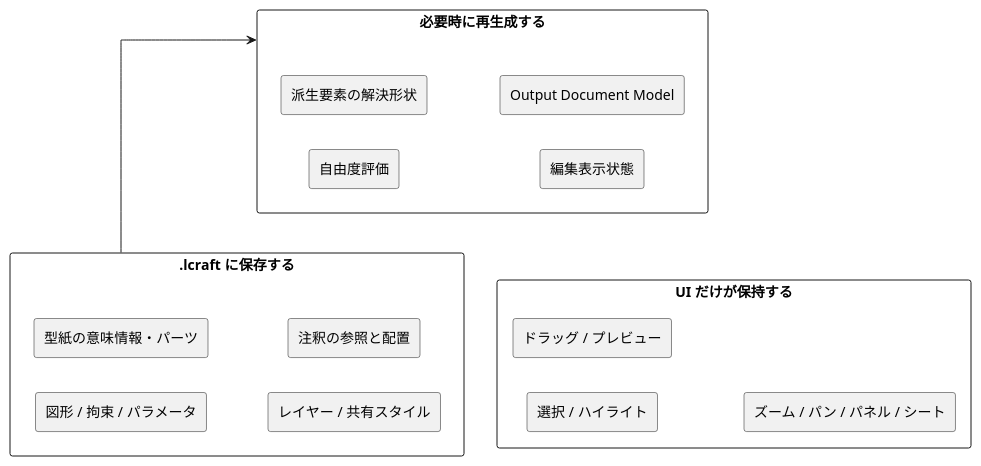
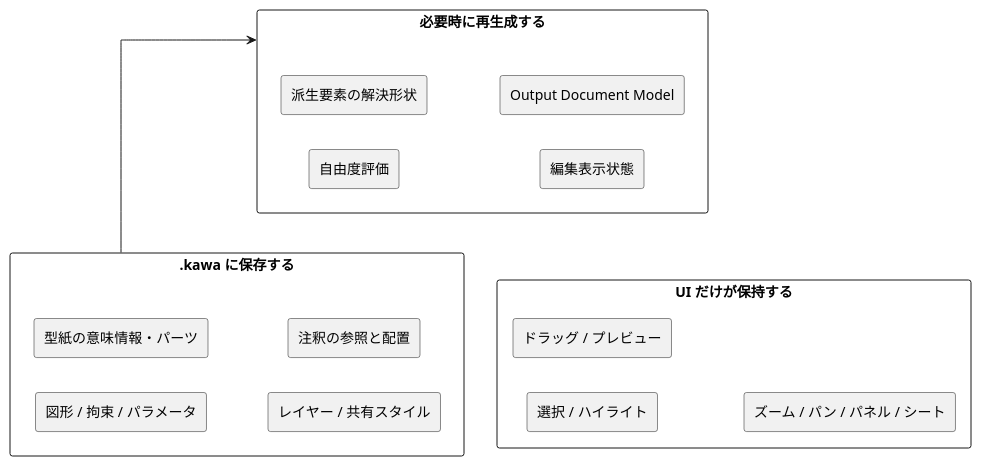
Before and after one commit to t-shin-komae/kawacad: the fourth of 10 diagrams in docs/design/architecture.md, drawn with PlantUML. The commit also changed other lines of this file and 45 other files, not shown here.

````diff
--- a/docs/design/architecture.md
+++ b/docs/design/architecture.md
@@ -253,30 +253,30 @@
 ```plantuml
 @startuml
 left to right direction
 
 skinparam shadowing false
 skinparam packageStyle rectangle
 skinparam linetype ortho
-package ".lcraft に保存する" as Saved {
+package ".kawa に保存する" as Saved {
   rectangle "図形 / 拘束 / パラメータ" as Document
   rectangle "型紙の意味情報・パーツ" as Meaning
   rectangle "レイヤー / 共有スタイル" as Style
   rectangle "注釈の参照と配置" as AnnotationData
 }
 
 package "必要時に再生成する" as Derived {
   rectangle "自由度評価" as Dof
   rectangle "派生要素の解決形状" as Resolved
   rectangle "編集表示状態" as Snapshot
   rectangle "Output Document Model" as Output
 }
 
 package "UI だけが保持する" as UIOnly {
   rectangle "選択 / ハイライト" as Selection
   rectangle "ドラッグ / プレビュー" as Preview
   rectangle "ズーム / パン / パネル / シート" as Presentation
 }
 
 Saved --> Derived
 @enduml
 ```
````
